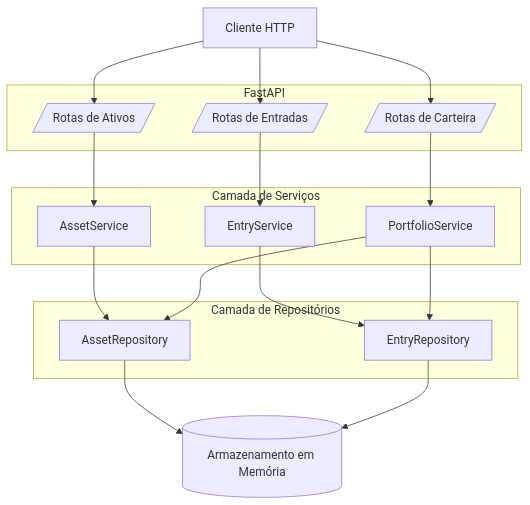
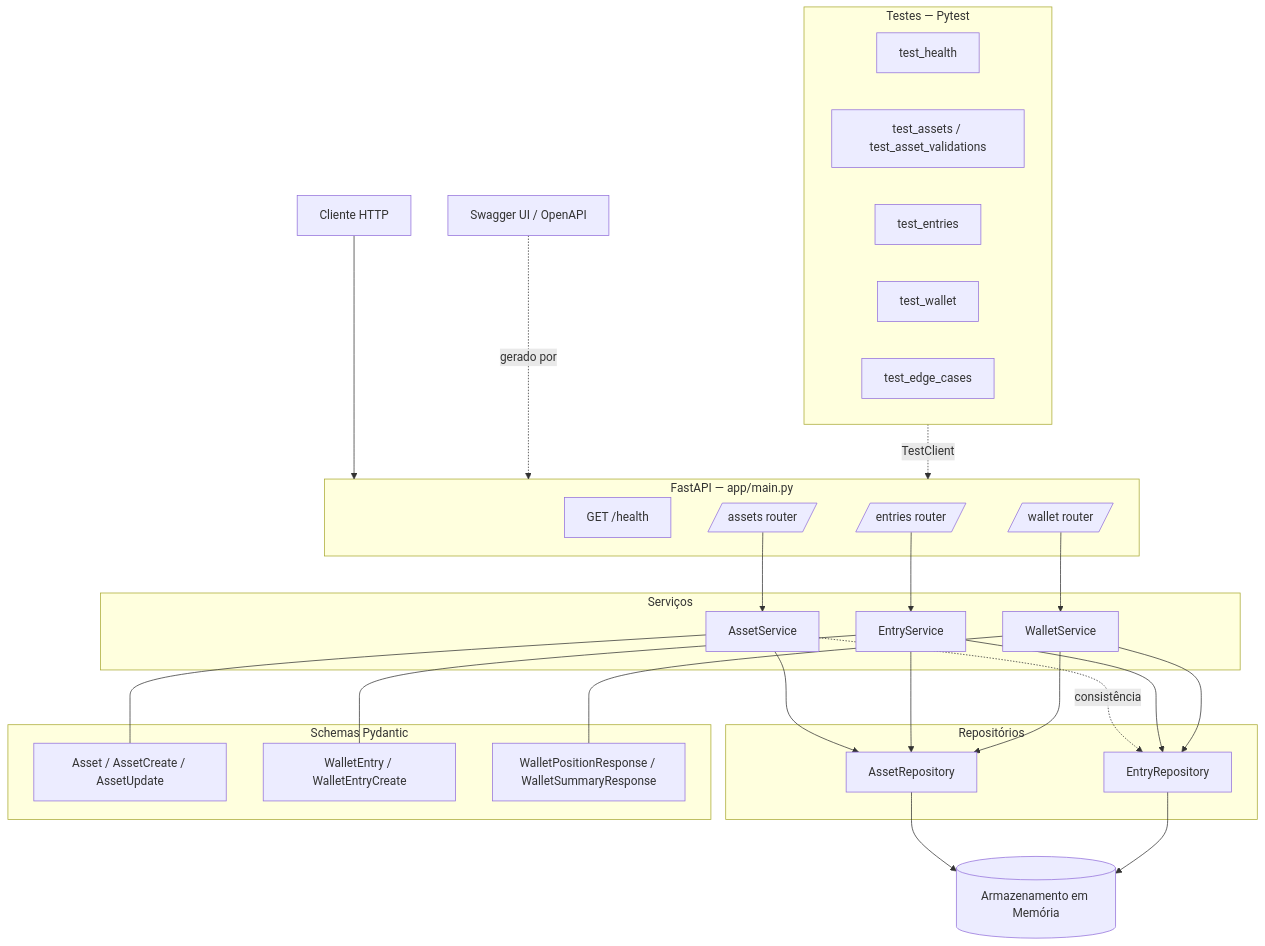
The diagram in docs/arquitetura-componentes.mmd (tcordeirofx/personal-wallet), drawn with Mermaid before and after one commit. The commit also changed 7 other files, not shown here.

```diff
--- a/docs/arquitetura-componentes.mmd
+++ b/docs/arquitetura-componentes.mmd
@@ -1,37 +1,60 @@
 flowchart TD
     Client[Cliente HTTP]
+    Swagger[Swagger UI / OpenAPI]
 
-    subgraph API[FastAPI]
-        R1[/Rotas de Ativos/]
-        R2[/Rotas de Entradas/]
-        R3[/Rotas de Carteira/]
+    subgraph API[FastAPI — app/main.py]
+        RH[GET /health]
+        R1[/assets router/]
+        R2[/entries router/]
+        R3[/wallet router/]
     end
 
-    subgraph Services[Camada de Serviços]
+    subgraph Services[Serviços]
         S1[AssetService]
         S2[EntryService]
-        S3[PortfolioService]
+        S3[WalletService]
     end
 
-    subgraph Repositories[Camada de Repositórios]
+    subgraph Repositories[Repositórios]
         RepoA[AssetRepository]
         RepoE[EntryRepository]
     end
 
+    subgraph Schemas[Schemas Pydantic]
+        SC1[Asset / AssetCreate / AssetUpdate]
+        SC2[WalletEntry / WalletEntryCreate]
+        SC3[WalletPositionResponse / WalletSummaryResponse]
+    end
+
+    subgraph Tests[Testes — Pytest]
+        T1[test_health]
+        T2[test_assets / test_asset_validations]
+        T3[test_entries]
+        T4[test_wallet]
+        T5[test_edge_cases]
+    end
+
     Memory[(Armazenamento em Memória)]
 
-    Client --> R1
-    Client --> R2
-    Client --> R3
+    Client --> API
+    Swagger -. gerado por .-> API
 
     R1 --> S1
     R2 --> S2
     R3 --> S3
 
     S1 --> RepoA
+    S1 -.->|consistência| RepoE
+    S2 --> RepoA
     S2 --> RepoE
     S3 --> RepoA
     S3 --> RepoE
 
     RepoA --> Memory
     RepoE --> Memory
+
+    S1 --- SC1
+    S2 --- SC2
+    S3 --- SC3
+
+    Tests -.->|TestClient| API
```
